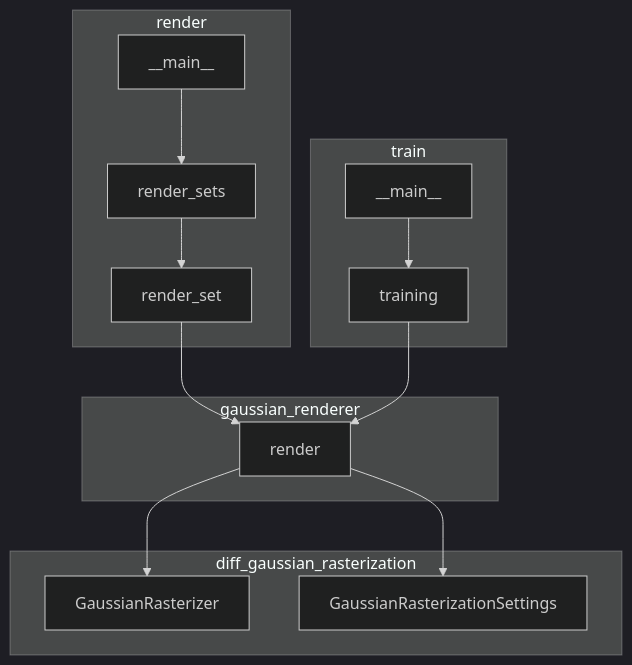
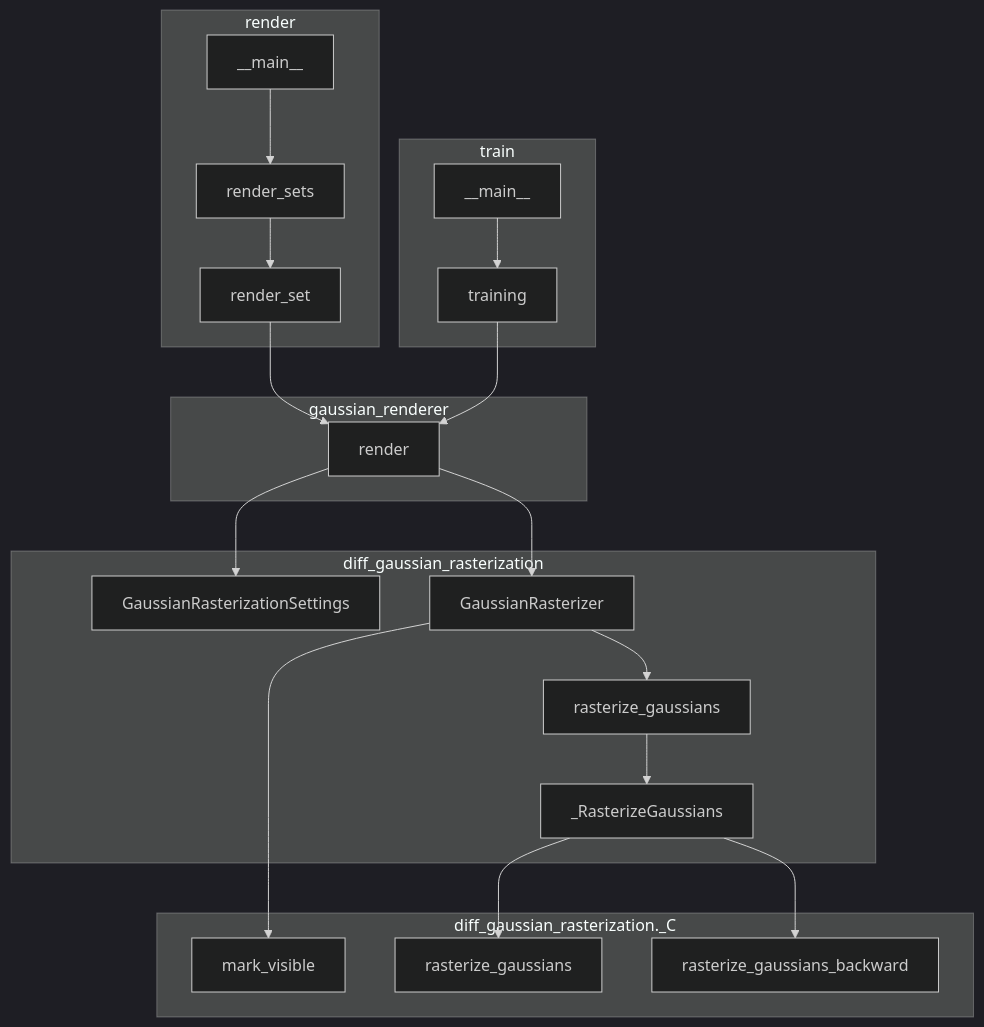
The second of 5 diagrams in docs/procedure/original-reference.orig.md (AsherJingkongChen/3DGS), drawn with Mermaid (dark theme) before and after one commit. The commit also changed other lines of this file and 5 other files, not shown here.

First line of the commit message:
(doc-feat): Append call tree of diff_gaussian_rasterization Python module

````diff
--- a/docs/procedure/original-reference.orig.md
+++ b/docs/procedure/original-reference.orig.md
@@ -68,27 +68,42 @@
 ```mermaid
 graph TD
   subgraph diff_gaussian_rasterization
+    GaussianRasterizationSettings
     GaussianRasterizer
-    GaussianRasterizationSettings
+    _RasterizeGaussians
+    rasterize_gaussians
+  end
+  subgraph diff_gaussian_rasterization._C
+    mark_visible
+    rasterize_gaussians_c[rasterize_gaussians]
+    rasterize_gaussians_c_backward[rasterize_gaussians_backward]
   end
   subgraph gaussian_renderer
     render_function[render]
   end
   subgraph render
     render_set
     render_sets
     render_main[__main__]
   end
   subgraph train
     training
     train_main[__main__]
   end
 
   render_function --> GaussianRasterizer
   render_function --> GaussianRasterizationSettings
+
+  render_main --> render_sets
+  render_sets --> render_set
   render_set --> render_function
-  render_sets --> render_set
-  render_main --> render_sets
+
   training --> render_function
   train_main --> training
+
+  _RasterizeGaussians --> rasterize_gaussians_c
+  _RasterizeGaussians --> rasterize_gaussians_c_backward
+  rasterize_gaussians --> _RasterizeGaussians
+  GaussianRasterizer --> rasterize_gaussians
+  GaussianRasterizer --> mark_visible
 ```
````
